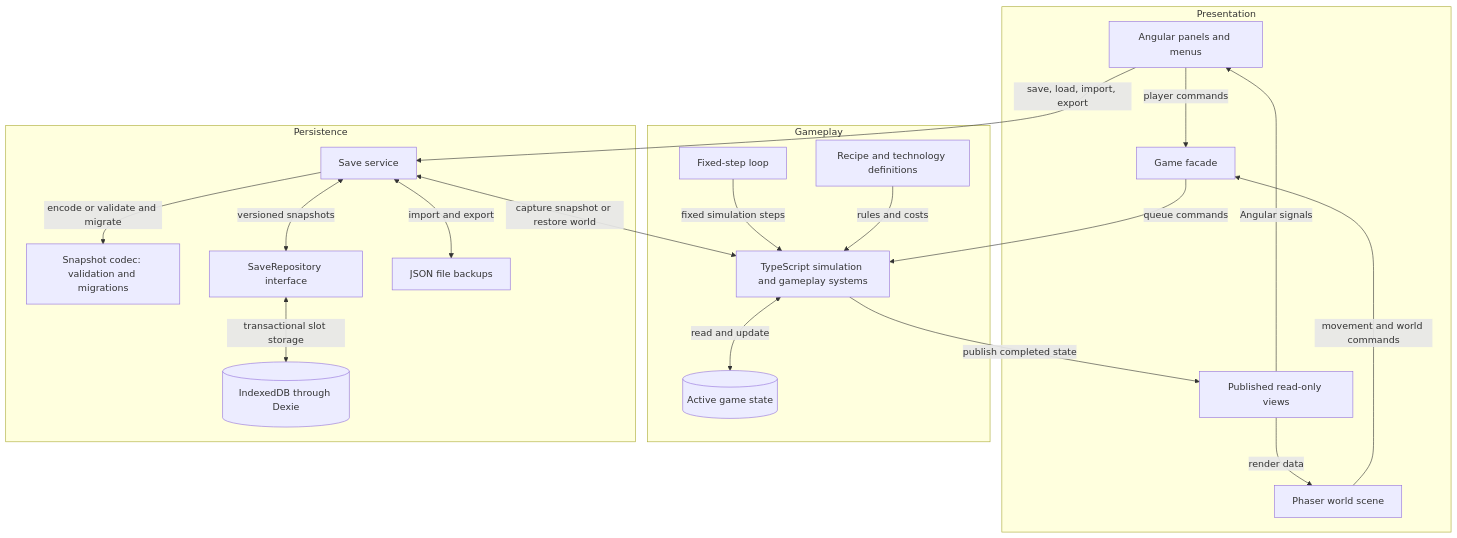
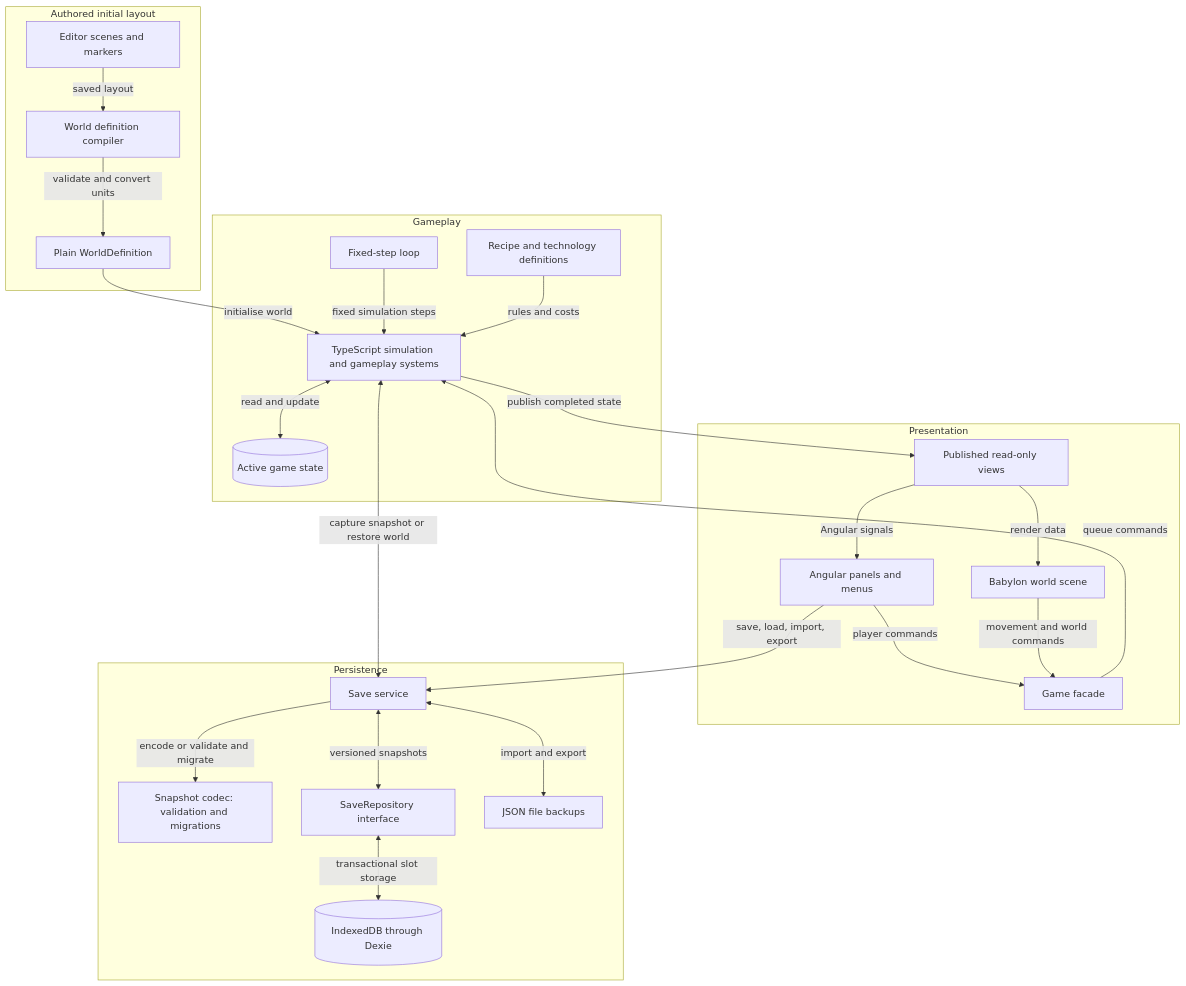
One commit to Googlproxer/Scrapworks changed the second of 3 diagrams in docs/design/TDD.md. Above: the diagram before and after it, drawn with Mermaid. The commit also changed other lines of this file and 393 other files, not shown here.

````diff
--- a/docs/design/TDD.md
+++ b/docs/design/TDD.md
@@ -128,40 +127,49 @@
 ```mermaid
 flowchart TB
+    subgraph Authoring[Authored initial layout]
+        Editor[Editor scenes and markers]
+        Compiler[World definition compiler]
+        Definition[Plain WorldDefinition]
+    end
+
     subgraph Presentation[Presentation]
         UI[Angular panels and menus]
-        Scene[Phaser world scene]
+        Scene[Babylon world scene]
         Facade[Game facade]
         Views[Published read-only views]
     end
 
     subgraph Gameplay[Gameplay]
         Loop[Fixed-step loop]
         Sim[TypeScript simulation and gameplay systems]
         State[(Active game state)]
         Content[Recipe and technology definitions]
     end
 
     subgraph Persistence[Persistence]
         Saves[Save service]
         Codec[Snapshot codec: validation and migrations]
         Repository[SaveRepository interface]
         Local[(IndexedDB through Dexie)]
         Files[JSON file backups]
     end
 
+    Editor -->|saved layout| Compiler
+    Compiler -->|validate and convert units| Definition
+    Definition -->|initialise world| Sim
     UI -->|player commands| Facade
     Scene -->|movement and world commands| Facade
     Facade -->|queue commands| Sim
     Loop -->|fixed simulation steps| Sim
     Content -->|rules and costs| Sim
     Sim <-->|read and update| State
     Sim -->|publish completed state| Views
     Views -->|Angular signals| UI
     Views -->|render data| Scene
     UI -->|save, load, import, export| Saves
     Saves <-->|capture snapshot or restore world| Sim
     Saves -->|encode or validate and migrate| Codec
     Saves <-->|versioned snapshots| Repository
     Repository <-->|transactional slot storage| Local
     Saves <-->|import and export| Files
 ```
````
